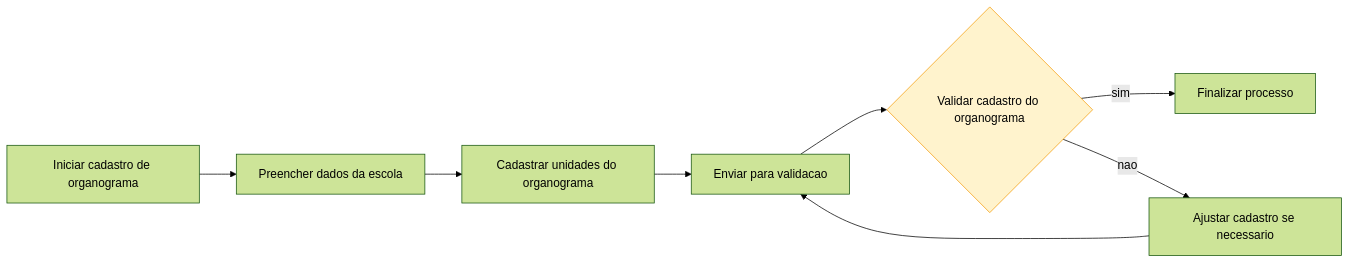
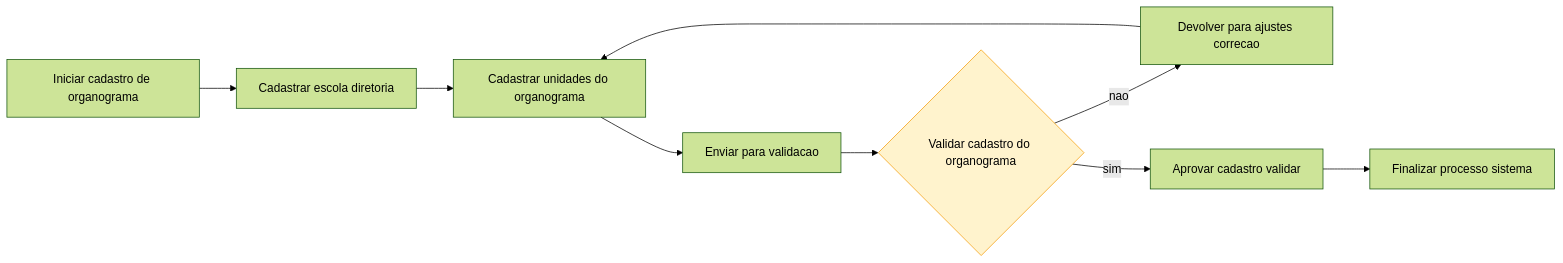
The diagram in cenario-teste/Cadastro_de_Estrutura_e_Organograma_de_Escola.mmd (pedroregato/process2diagram), drawn with Mermaid (forest theme) before and after one commit. The commit also changed 9 other files, not shown here.

```diff
--- a/cenario-teste/Cadastro_de_Estrutura_e_Organograma_de_Escola.mmd
+++ b/cenario-teste/Cadastro_de_Estrutura_e_Organograma_de_Escola.mmd
@@ -1,16 +1,18 @@
 flowchart LR
     S01["Iniciar cadastro de organograma"]
-    S02["Preencher dados da escola"]
+    S02["Cadastrar escola diretoria"]
     S03["Cadastrar unidades do organograma"]
     S04["Enviar para validacao"]
     S05{"Validar cadastro do organograma"}
-    S06["Ajustar cadastro se necessario"]
-    S07["Finalizar processo"]
+    S06["Devolver para ajustes correcao"]
+    S07["Aprovar cadastro validar"]
+    S08["Finalizar processo sistema"]
     S01 --> S02
     S02 --> S03
     S03 --> S04
     S04 --> S05
+    S05 -->|nao| S06
     S05 -->|sim| S07
-    S05 -->|nao| S06
-    S06 --> S04
+    S06 --> S03
+    S07 --> S08
     style S05 fill:#fff3cd,stroke:#f59e0b
```
